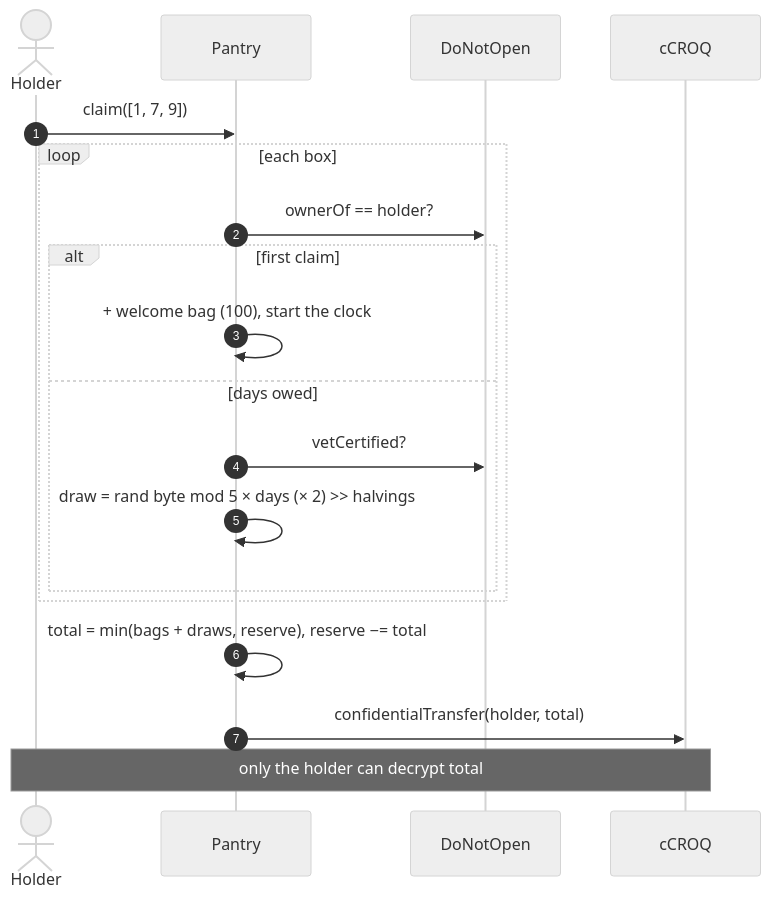
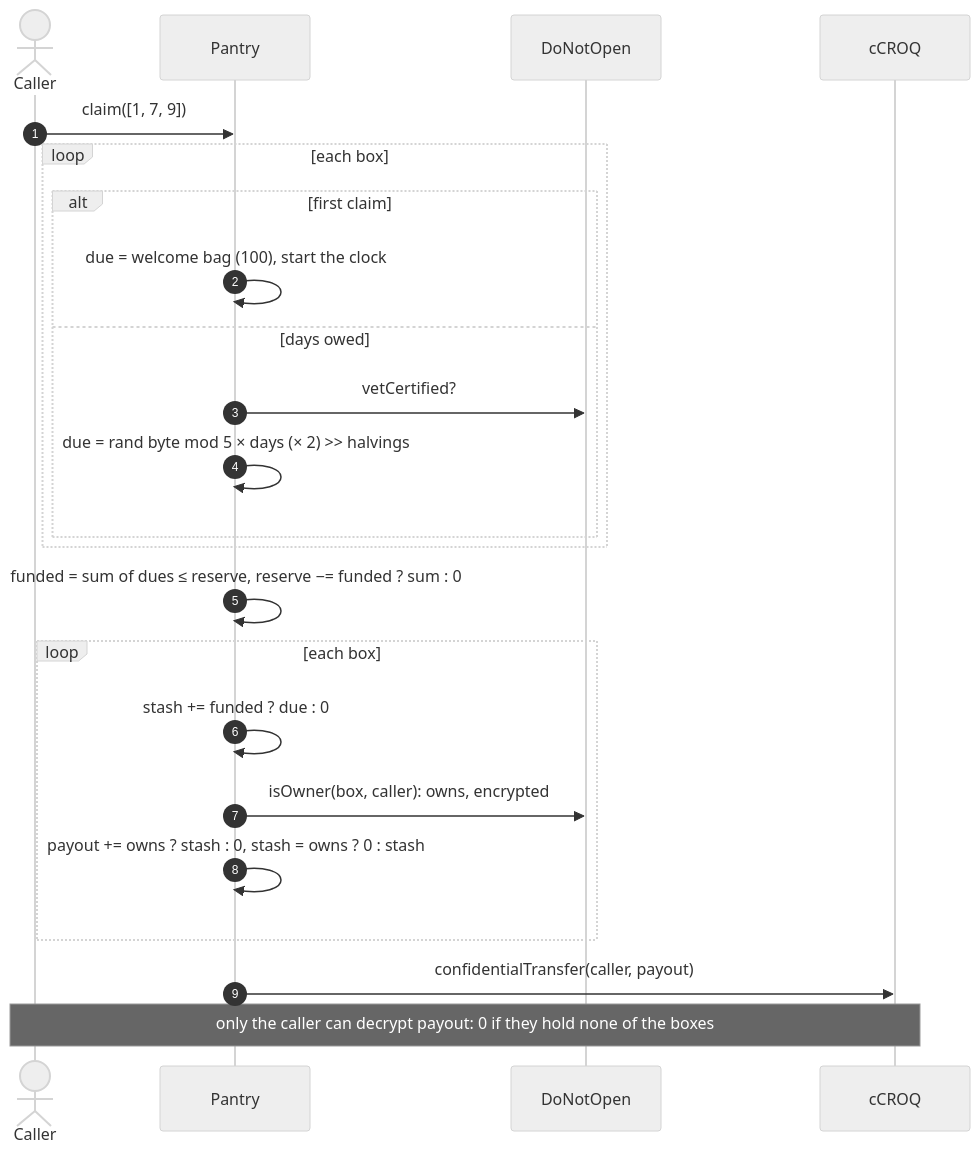
Before and after one commit to jecombe/do_not_open: the fourth of 6 diagrams in docs/CROQ.md, drawn with Mermaid (neutral theme). The commit also changed other lines of this file and 25 other files, not shown here.

````diff
--- a/docs/CROQ.md
+++ b/docs/CROQ.md
@@ -360,21 +381,25 @@
 ```mermaid
 sequenceDiagram
   autonumber
-  actor H as Holder
+  actor H as Caller
   participant Pa as Pantry
   participant B as DoNotOpen
   participant W as cCROQ
   H->>Pa: claim([1, 7, 9])
   loop each box
-    Pa->>B: ownerOf == holder?
     alt first claim
-      Pa->>Pa: + welcome bag (100), start the clock
+      Pa->>Pa: due = welcome bag (100), start the clock
     else days owed
       Pa->>B: vetCertified?
-      Pa->>Pa: draw = rand byte mod 5 × days (× 2) >> halvings
+      Pa->>Pa: due = rand byte mod 5 × days (× 2) >> halvings
     end
   end
-  Pa->>Pa: total = min(bags + draws, reserve), reserve −= total
-  Pa->>W: confidentialTransfer(holder, total)
-  Note over H,W: only the holder can decrypt total
+  Pa->>Pa: funded = sum of dues ≤ reserve, reserve −= funded ? sum : 0
+  loop each box
+    Pa->>Pa: stash += funded ? due : 0
+    Pa->>B: isOwner(box, caller): owns, encrypted
+    Pa->>Pa: payout += owns ? stash : 0, stash = owns ? 0 : stash
+  end
+  Pa->>W: confidentialTransfer(caller, payout)
+  Note over H,W: only the caller can decrypt payout: 0 if they hold none of the boxes
 ```
````
